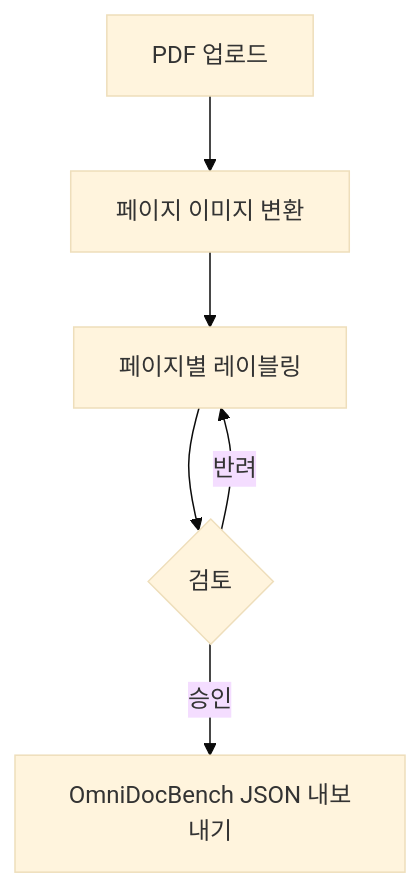
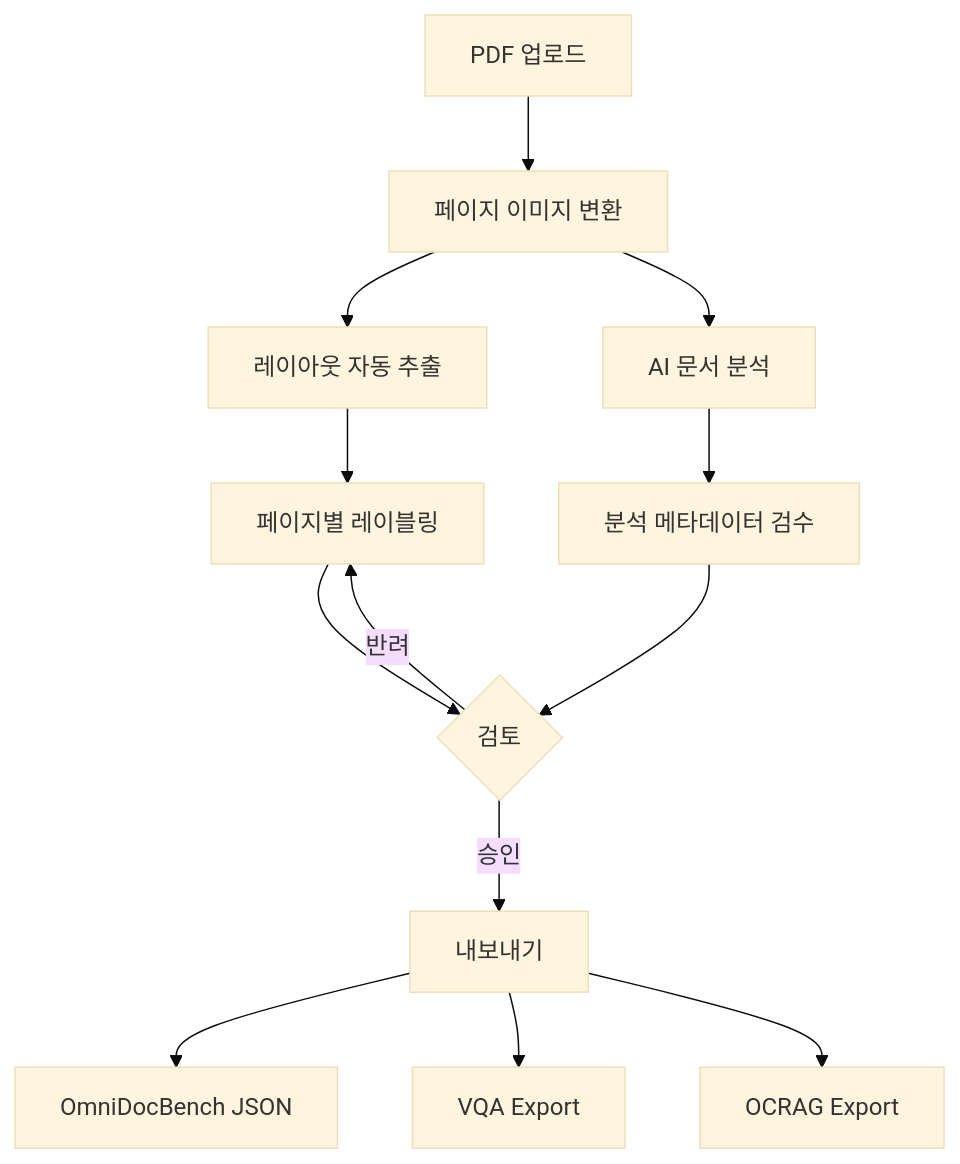
The diagram in saegim-backend/docs/guide/overview.md (appleparan/saegim), drawn with Mermaid (base theme) before and after one commit. The commit also changed other lines of this file and 17 other files, not shown here.

First line of the commit message:
docs: add analysis_data schema, expand Phase 4 roadmap, fix markdownlint

````diff
--- a/saegim-backend/docs/guide/overview.md
+++ b/saegim-backend/docs/guide/overview.md
@@ -79,8 +97,15 @@
 ```mermaid
 graph TD
     A[PDF 업로드] --> B[페이지 이미지 변환]
-    B --> C[페이지별 레이블링]
-    C --> D{검토}
-    D -->|승인| E[OmniDocBench JSON 내보내기]
-    D -->|반려| C
+    B --> C[레이아웃 자동 추출]
+    B --> F[AI 문서 분석]
+    C --> D[페이지별 레이블링]
+    F --> G[분석 메타데이터 검수]
+    D --> E{검토}
+    G --> E
+    E -->|승인| H[내보내기]
+    E -->|반려| D
+    H --> H1[OmniDocBench JSON]
+    H --> H2[VQA Export]
+    H --> H3[OCRAG Export]
 ```
````
